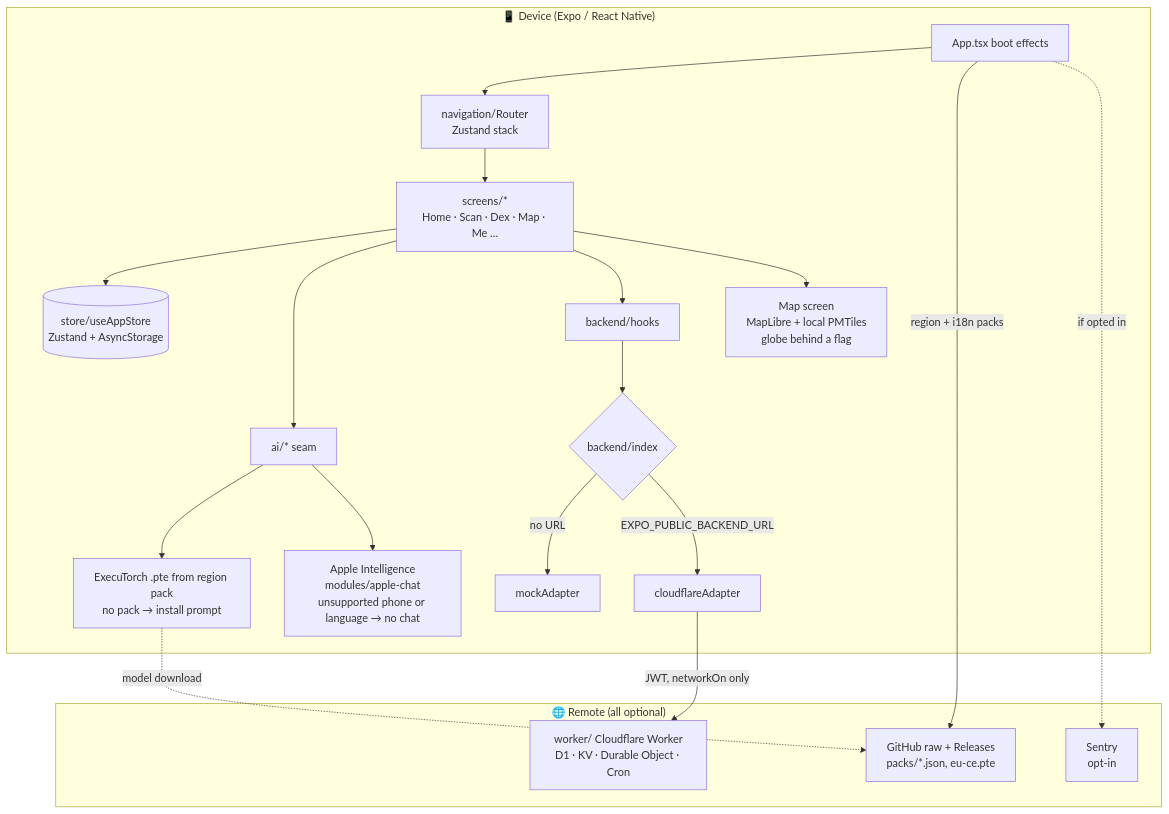
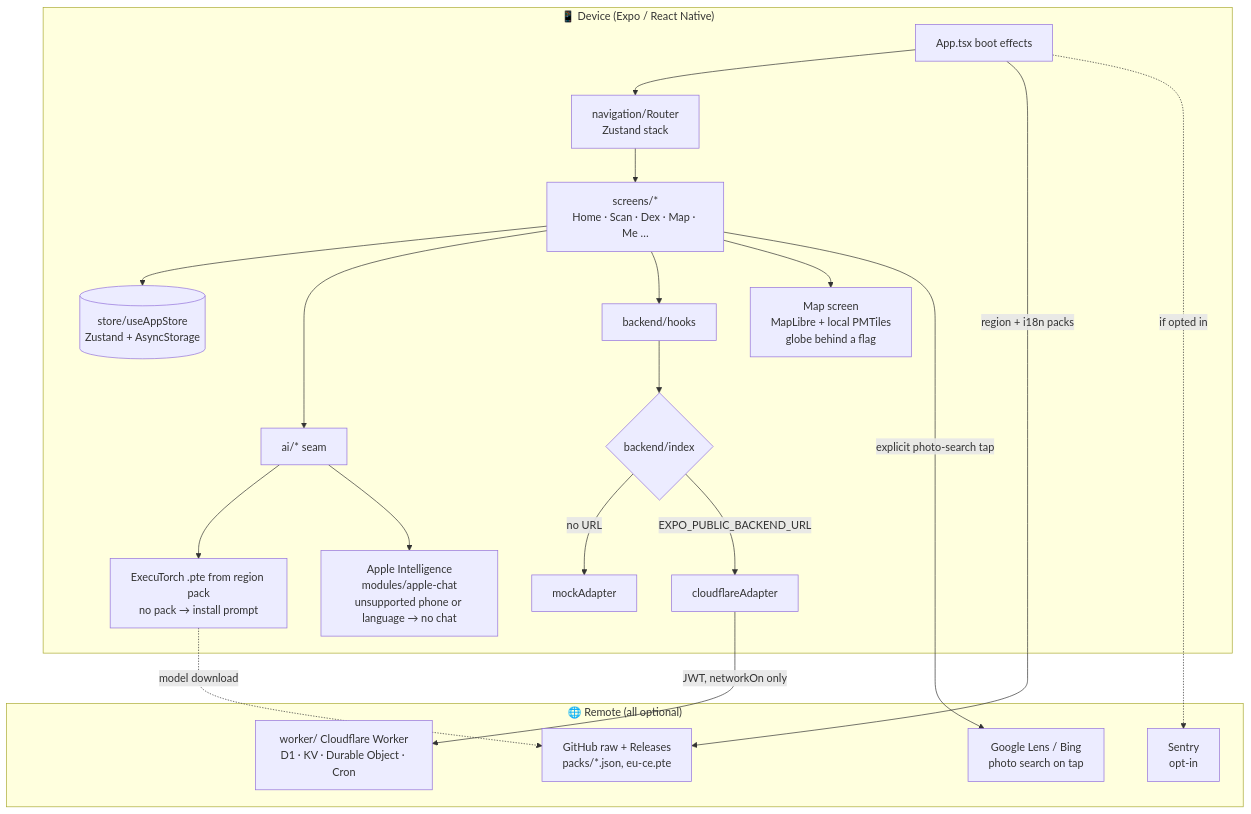
The diagram in docs/architecture.md (krzysztofradomski/critterboard), drawn with Mermaid before and after one commit. The commit also changed other lines of this file and 27 other files, not shown here.

````diff
--- a/docs/architecture.md
+++ b/docs/architecture.md
@@ -11,27 +11,29 @@
 ```mermaid
 flowchart TB
   subgraph Device["📱 Device (Expo / React Native)"]
     App[App.tsx boot effects] --> Router[navigation/Router<br/>Zustand stack]
     Router --> Screens[screens/*<br/>Home · Scan · Dex · Map · Me …]
     Screens --> Store[(store/useAppStore<br/>Zustand + AsyncStorage)]
     Screens --> AI[ai/* seam]
     Screens --> Hooks[backend/hooks]
     AI --> Vision[ExecuTorch .pte from region pack<br/>no pack → install prompt]
     AI --> Chat[Apple Intelligence<br/>modules/apple-chat<br/>unsupported phone or language → no chat]
     Hooks --> Adapter{backend/index}
     Adapter -->|no URL| Mock[mockAdapter]
     Adapter -->|EXPO_PUBLIC_BACKEND_URL| CF[cloudflareAdapter]
     Screens --> Map[Map screen<br/>MapLibre + local PMTiles<br/>globe behind a flag]
   end
 
   subgraph Remote["🌐 Remote (all optional)"]
     Worker[worker/ Cloudflare Worker<br/>D1 · KV · Durable Object · Cron]
     GH[GitHub raw + Releases<br/>packs/*.json, eu-ce.pte]
     Sentry[Sentry<br/>opt-in]
+    Search[Google Lens / Bing<br/>photo search on tap]
   end
 
   CF -->|JWT, networkOn only| Worker
   App -->|region + i18n packs| GH
   Vision -. model download .-> GH
   App -. if opted in .-> Sentry
+  Screens -->|explicit photo-search tap| Search
 ```
````
